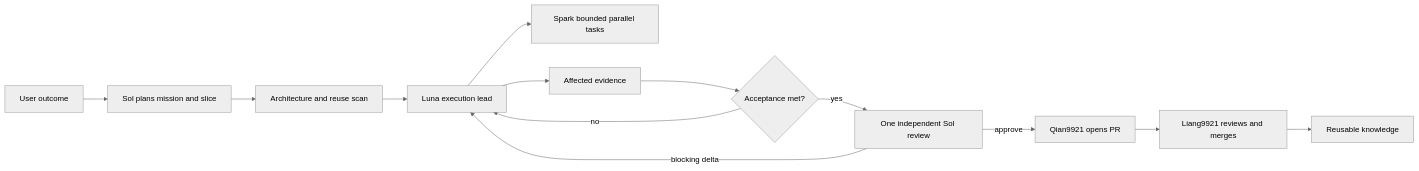
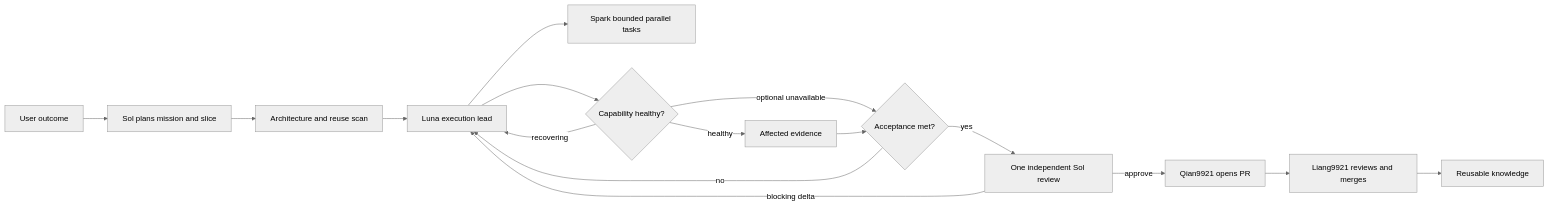
One commit to Qian9921/codex-governance-infra changed the diagram in docs/architecture.md. Above: the diagram before and after it, drawn with Mermaid (neutral theme). The commit also changed other lines of this file and 11 other files, not shown here.

````diff
--- a/docs/architecture.md
+++ b/docs/architecture.md
@@ -30,15 +30,18 @@
 ```mermaid
 flowchart LR
     U[User outcome] --> P[Sol plans mission and slice]
     P --> A[Architecture and reuse scan]
     A --> L[Luna execution lead]
     L --> S[Spark bounded parallel tasks]
-    L --> E[Affected evidence]
+    L --> H{Capability healthy?}
+    H -- recovering --> L
+    H -- healthy --> E[Affected evidence]
+    H -- optional unavailable --> D
     E --> D{Acceptance met?}
     D -- no --> L
     D -- yes --> R[One independent Sol review]
     R -- blocking delta --> L
     R -- approve --> Q[Qian9921 opens PR]
     Q --> G[Liang9921 reviews and merges]
     G --> K[Reusable knowledge]
 ```
````
